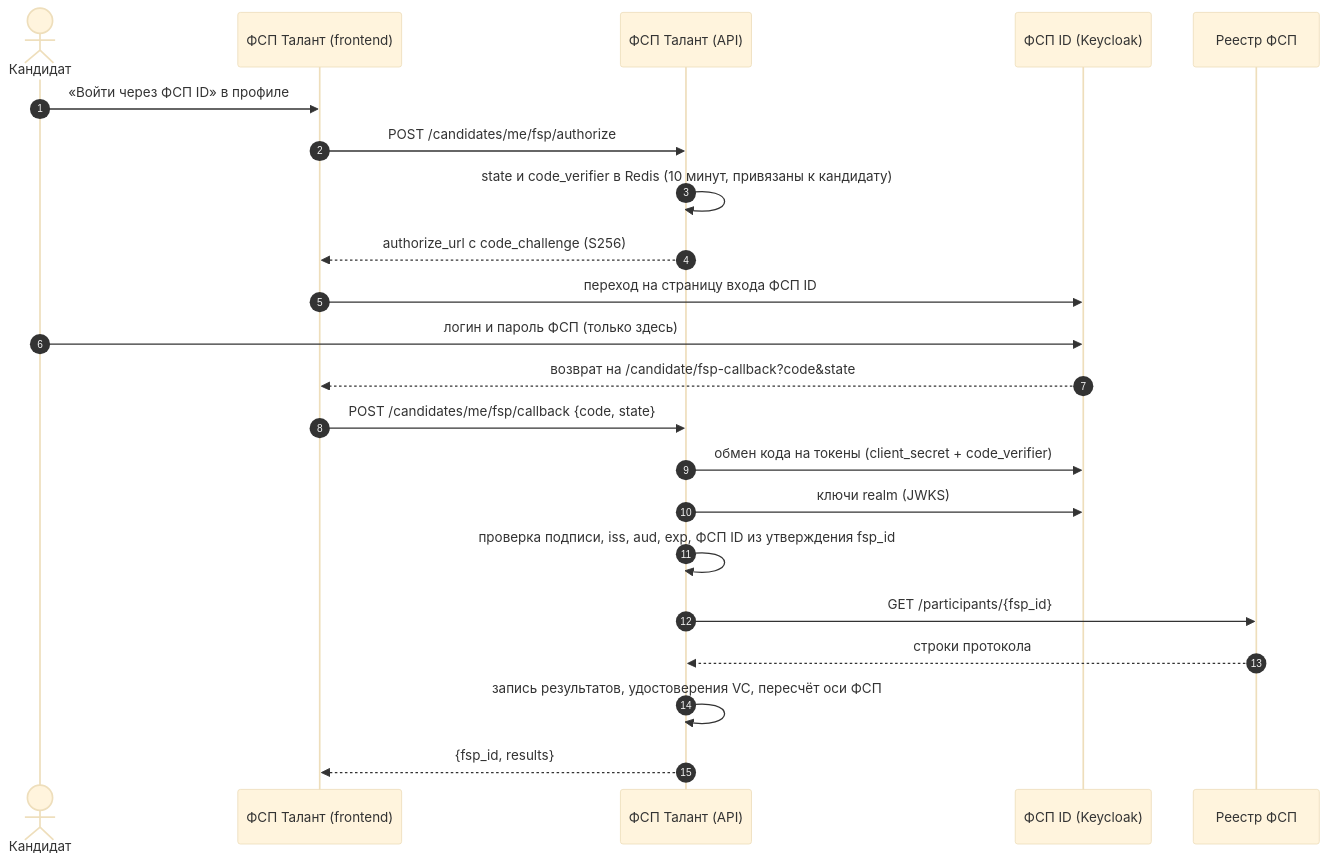
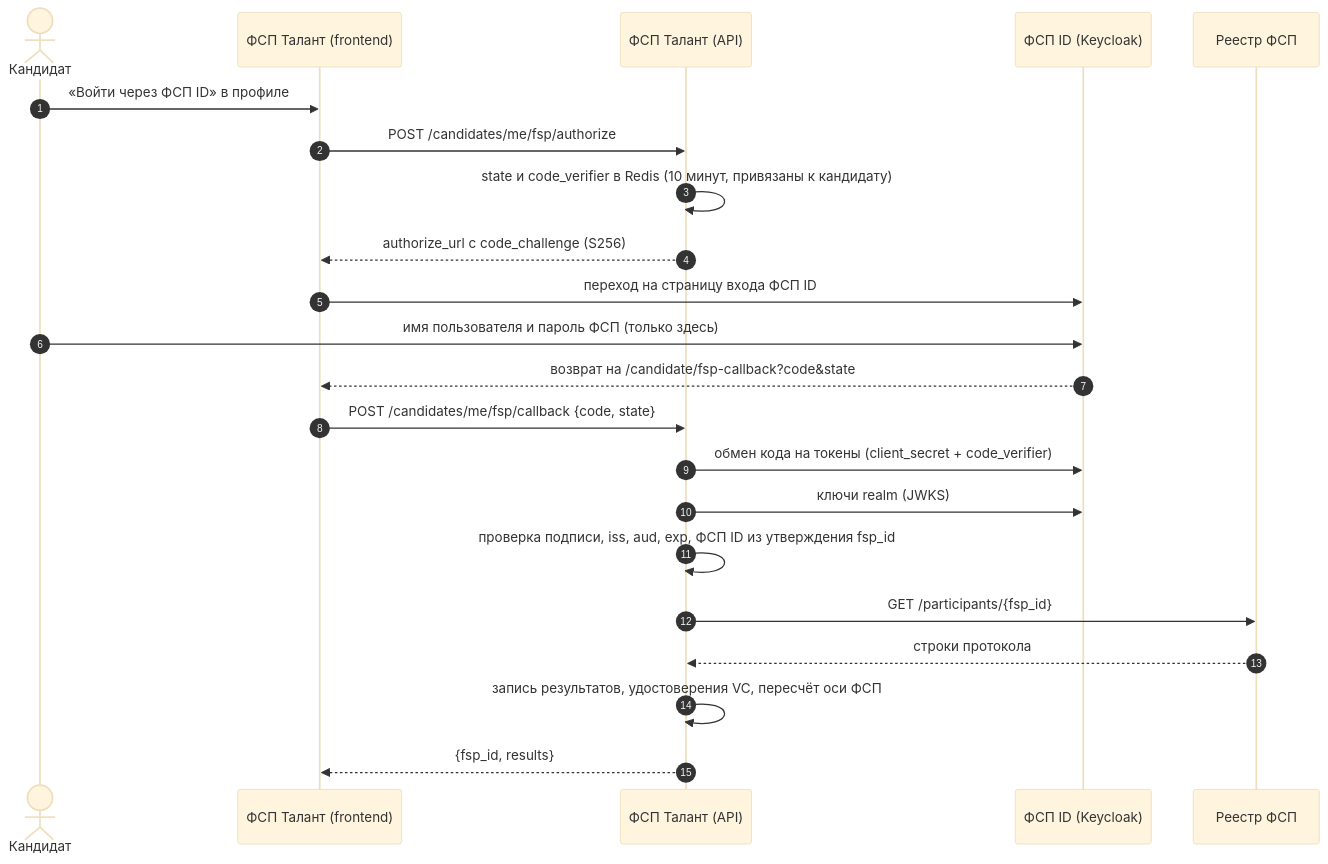
Before and after one commit to KonkovDV/fsp-talent: the first of 2 diagrams in docs/FSP_INTEGRATION.md, drawn with Mermaid (base theme). The commit also changed other lines of this file and 5 other files, not shown here.

````diff
--- a/docs/FSP_INTEGRATION.md
+++ b/docs/FSP_INTEGRATION.md
@@ -15,24 +15,24 @@
 ```mermaid
 sequenceDiagram
     autonumber
     actor К as Кандидат
     participant П as ФСП Талант (frontend)
     participant A as ФСП Талант (API)
     participant ID as ФСП ID (Keycloak)
     participant Р as Реестр ФСП
     К->>П: «Войти через ФСП ID» в профиле
     П->>A: POST /candidates/me/fsp/authorize
     A->>A: state и code_verifier в Redis (10 минут, привязаны к кандидату)
     A-->>П: authorize_url с code_challenge (S256)
     П->>ID: переход на страницу входа ФСП ID
-    К->>ID: логин и пароль ФСП (только здесь)
+    К->>ID: имя пользователя и пароль ФСП (только здесь)
     ID-->>П: возврат на /candidate/fsp-callback?code&state
     П->>A: POST /candidates/me/fsp/callback {code, state}
     A->>ID: обмен кода на токены (client_secret + code_verifier)
     A->>ID: ключи realm (JWKS)
     A->>A: проверка подписи, iss, aud, exp, ФСП ID из утверждения fsp_id
     A->>Р: GET /participants/{fsp_id}
     Р-->>A: строки протокола
     A->>A: запись результатов, удостоверения VC, пересчёт оси ФСП
     A-->>П: {fsp_id, results}
 ```
````
